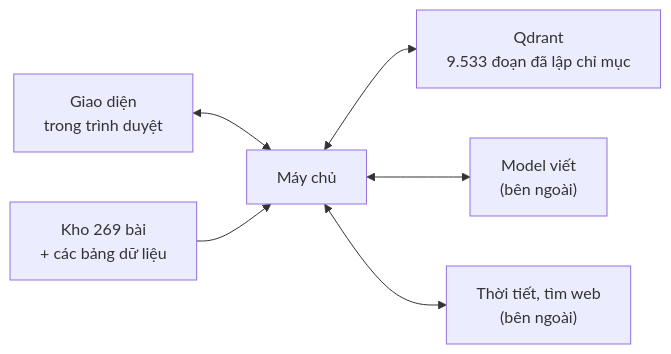
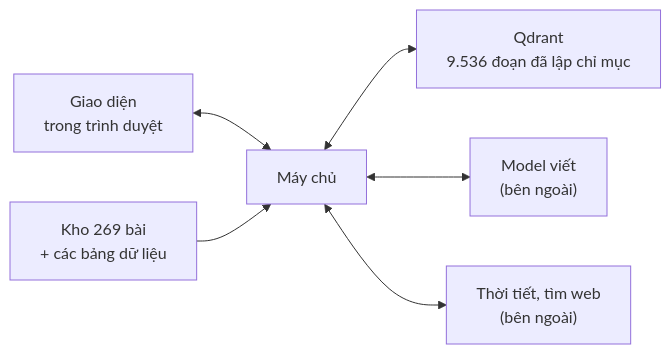
Before and after one commit to Sunny-sunnyy/chatbot-hue: the diagram in bai_hoc/giao_trinh/06_KIEN_TRUC.md, drawn with Mermaid. The commit also changed other lines of this file and 12 other files, not shown here.

````diff
--- a/bai_hoc/giao_trinh/06_KIEN_TRUC.md
+++ b/bai_hoc/giao_trinh/06_KIEN_TRUC.md
@@ -45,8 +45,8 @@
 ```mermaid
 flowchart LR
   U["Giao diện<br/>trong trình duyệt"] <--> S["Máy chủ"]
-  S <--> Q["Qdrant<br/>9.533 đoạn đã lập chỉ mục"]
+  S <--> Q["Qdrant<br/>9.536 đoạn đã lập chỉ mục"]
   K["Kho 269 bài<br/>+ các bảng dữ liệu"] --> S
   S <--> M["Model viết<br/>(bên ngoài)"]
   S <--> X["Thời tiết, tìm web<br/>(bên ngoài)"]
 ```
````
